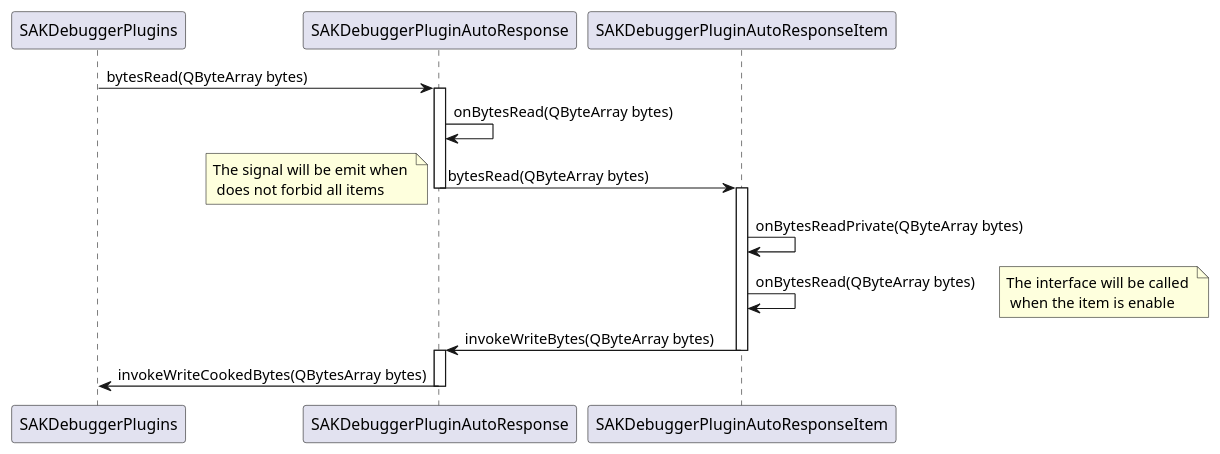
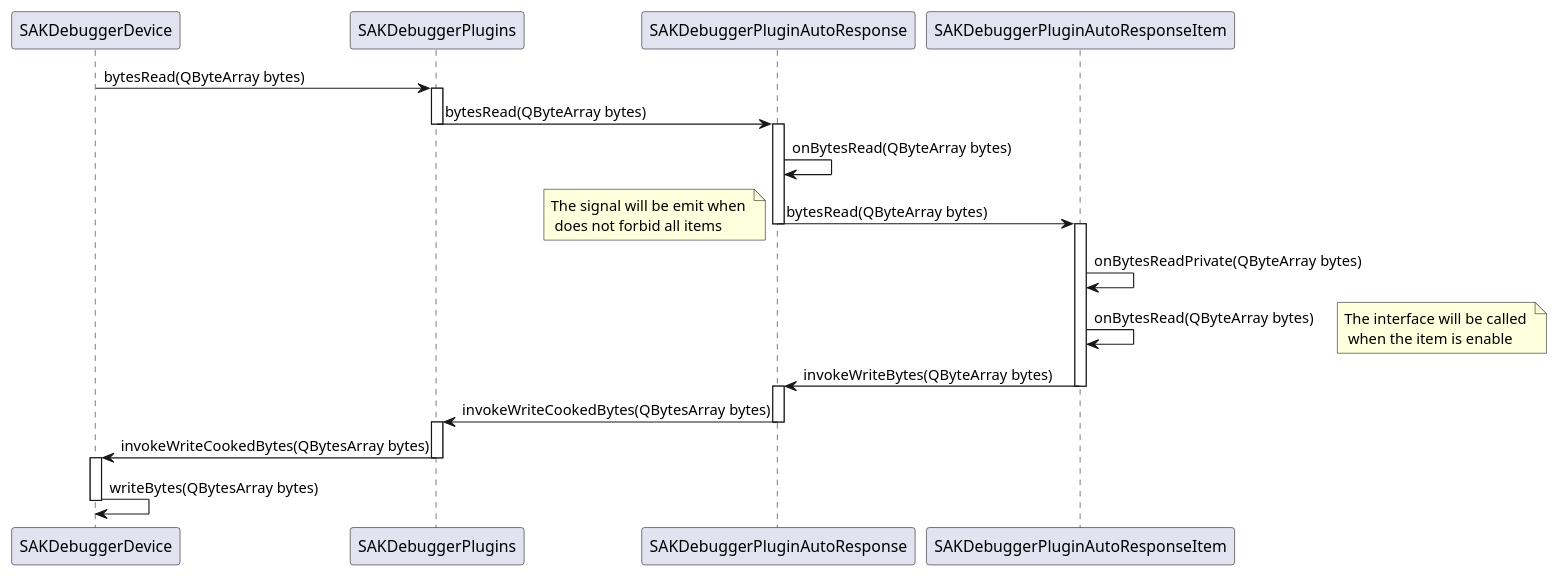
The diagram in src/debuggers/debugger/plugins/README.puml (x-tools-author/x-tools), drawn with PlantUML before and after one commit.

Commit message:
doc: update comments

```diff
--- a/src/debuggers/debugger/plugins/README.puml
+++ b/src/debuggers/debugger/plugins/README.puml
@@ -1,17 +1,26 @@
 @startuml SAKDebuggerPluginAutoResponseDataDriven
+SAKDebuggerDevice->SAKDebuggerPlugins: bytesRead(QByteArray bytes)
+activate SAKDebuggerPlugins
 SAKDebuggerPlugins->SAKDebuggerPluginAutoResponse: bytesRead(QByteArray bytes)
-    activate SAKDebuggerPluginAutoResponse
-    SAKDebuggerPluginAutoResponse->SAKDebuggerPluginAutoResponse: onBytesRead(QByteArray bytes)
-    SAKDebuggerPluginAutoResponse->SAKDebuggerPluginAutoResponseItem: bytesRead(QByteArray bytes)
-    note left: The signal will be emit when \n does not forbid all items
-    deactivate
-    activate SAKDebuggerPluginAutoResponseItem
-    SAKDebuggerPluginAutoResponseItem->SAKDebuggerPluginAutoResponseItem: onBytesReadPrivate(QByteArray bytes)
-    SAKDebuggerPluginAutoResponseItem->SAKDebuggerPluginAutoResponseItem:onBytesRead(QByteArray bytes)
-    note right: The interface will be called \n when the item is enable
-    SAKDebuggerPluginAutoResponseItem->SAKDebuggerPluginAutoResponse:invokeWriteBytes(QByteArray bytes)
-    deactivate
-    activate SAKDebuggerPluginAutoResponse
-    SAKDebuggerPluginAutoResponse->SAKDebuggerPlugins:invokeWriteCookedBytes(QBytesArray bytes)
-    deactivate
+deactivate
+activate SAKDebuggerPluginAutoResponse
+SAKDebuggerPluginAutoResponse->SAKDebuggerPluginAutoResponse: onBytesRead(QByteArray bytes)
+SAKDebuggerPluginAutoResponse->SAKDebuggerPluginAutoResponseItem: bytesRead(QByteArray bytes)
+note left: The signal will be emit when \n does not forbid all items
+deactivate
+activate SAKDebuggerPluginAutoResponseItem
+SAKDebuggerPluginAutoResponseItem->SAKDebuggerPluginAutoResponseItem: onBytesReadPrivate(QByteArray bytes)
+SAKDebuggerPluginAutoResponseItem->SAKDebuggerPluginAutoResponseItem:onBytesRead(QByteArray bytes)
+note right: The interface will be called \n when the item is enable
+SAKDebuggerPluginAutoResponseItem->SAKDebuggerPluginAutoResponse:invokeWriteBytes(QByteArray bytes)
+deactivate
+activate SAKDebuggerPluginAutoResponse
+SAKDebuggerPluginAutoResponse->SAKDebuggerPlugins:invokeWriteCookedBytes(QBytesArray bytes)
+deactivate
+activate SAKDebuggerPlugins
+SAKDebuggerPlugins->SAKDebuggerDevice:invokeWriteCookedBytes(QBytesArray bytes)
+deactivate
+activate SAKDebuggerDevice
+SAKDebuggerDevice->SAKDebuggerDevice: writeBytes(QBytesArray bytes)
+deactivate
 @enduml
```
